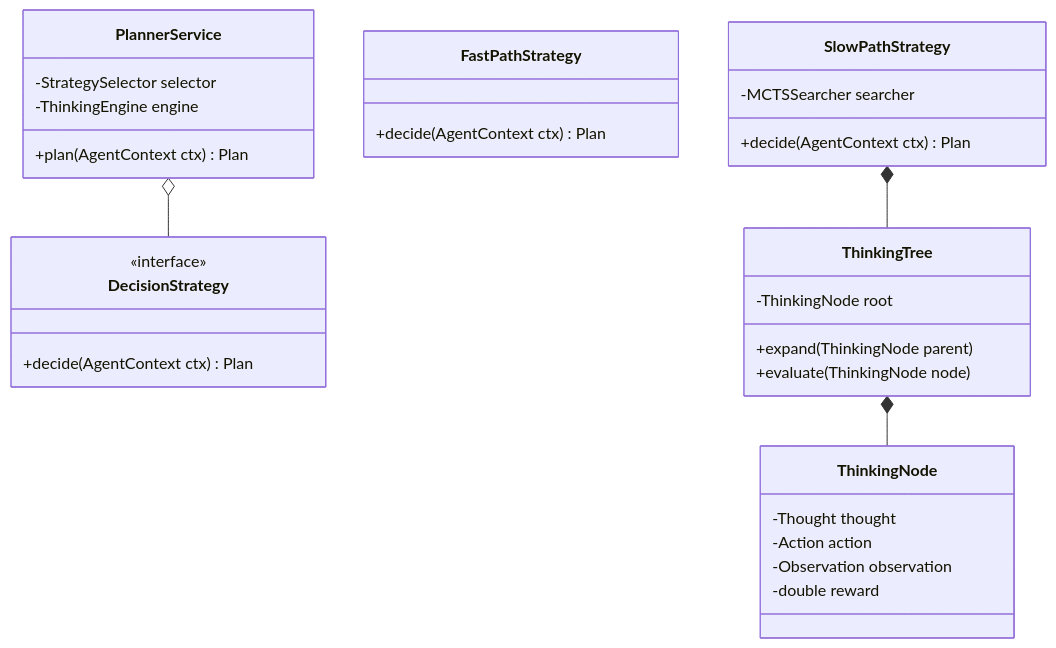
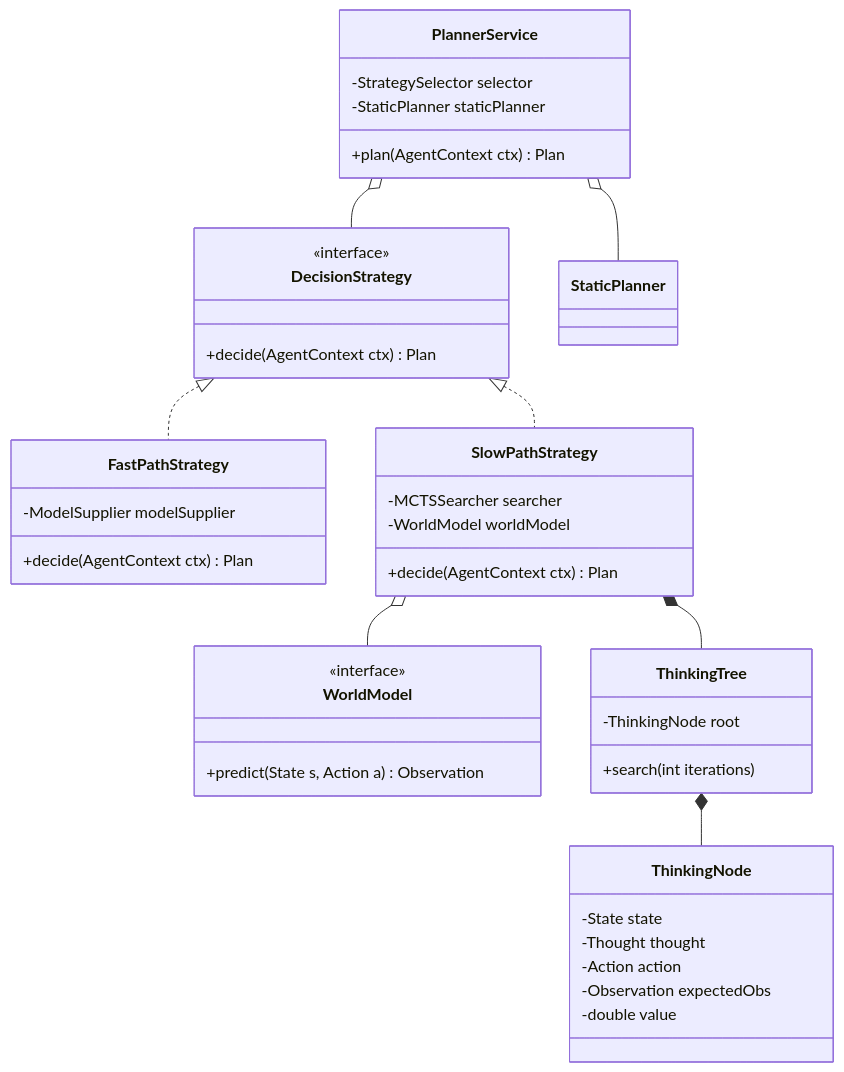
The first of 2 diagrams in docs/alice-core-planner/DESIGN.md (chaineasy-ai/alice-agent), drawn with Mermaid before and after one commit. The commit also changed other lines of this file and 2 other files, not shown here.

Commit message:
feat: agent,planner update design

````diff
--- a/docs/alice-core-planner/DESIGN.md
+++ b/docs/alice-core-planner/DESIGN.md
@@ -13,39 +13,50 @@
 ```mermaid
 classDiagram
     class PlannerService {
         -StrategySelector selector
-        -ThinkingEngine engine
+        -StaticPlanner staticPlanner
         +plan(AgentContext ctx) Plan
     }
 
     class DecisionStrategy {
         <<interface>>
         +decide(AgentContext ctx) Plan
     }
 
     class FastPathStrategy {
+        -ModelSupplier modelSupplier
         +decide(AgentContext ctx) Plan
     }
 
     class SlowPathStrategy {
         -MCTSSearcher searcher
+        -WorldModel worldModel
         +decide(AgentContext ctx) Plan
+    }
+
+    class WorldModel {
+        <<interface>>
+        +predict(State s, Action a) Observation
     }
 
     class ThinkingTree {
         -ThinkingNode root
-        +expand(ThinkingNode parent)
-        +evaluate(ThinkingNode node)
+        +search(int iterations)
     }
 
     class ThinkingNode {
+        -State state
         -Thought thought
         -Action action
-        -Observation observation
-        -double reward
+        -Observation expectedObs
+        -double value
     }
 
     PlannerService o-- DecisionStrategy
+    PlannerService o-- StaticPlanner
+    DecisionStrategy <|.. SlowPathStrategy
+    DecisionStrategy <|.. FastPathStrategy
     SlowPathStrategy *-- ThinkingTree
+    SlowPathStrategy o-- WorldModel
     ThinkingTree *-- ThinkingNode
 ```
````
